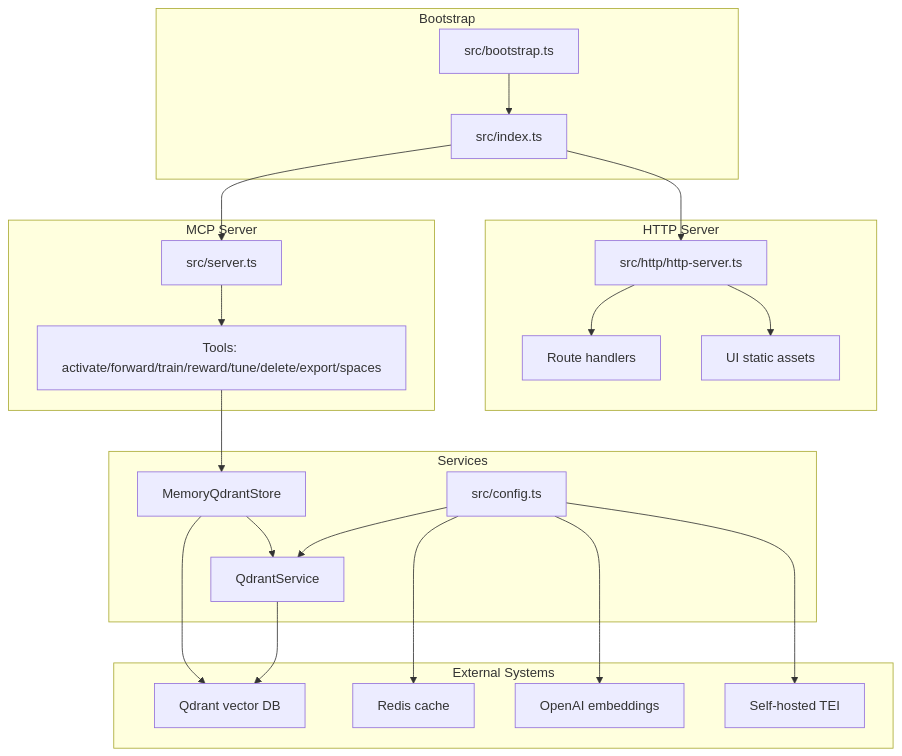
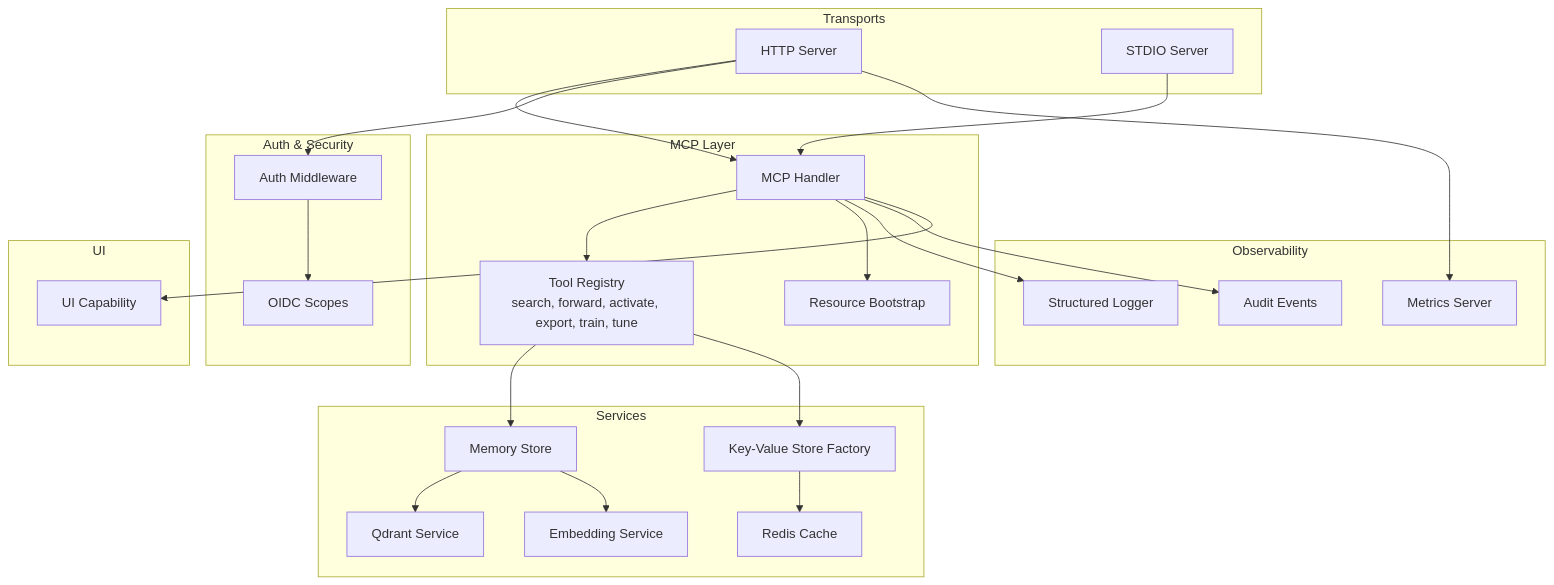
Before and after one commit to debian777/kairos-mcp: the first of 9 diagrams in .qoder/repowiki/en/content/Project Overview/Project Overview.md, drawn with Mermaid. The commit also changed other lines of this file and 724 other files, not shown here.

````diff
--- a/.qoder/repowiki/en/content/Project Overview/Project Overview.md
+++ b/.qoder/repowiki/en/content/Project Overview/Project Overview.md
@@ -60,41 +66,46 @@
 ```mermaid
 graph TB
-subgraph "Bootstrap"
-BOOT["src/bootstrap.ts"]
-ENTRY["src/index.ts"]
+subgraph "Transports"
+HTTP["HTTP Server"]
+STDIO["STDIO Server"]
 end
-subgraph "HTTP Server"
-HTTP["src/http/http-server.ts"]
-ROUTES["Route handlers"]
-UI["UI static assets"]
-end
-subgraph "MCP Server"
-SERVER["src/server.ts"]
-TOOLS["Tools: activate/forward/train/reward/tune/delete/export/spaces"]
+subgraph "MCP Layer"
+Handler["MCP Handler"]
+Tools["Tool Registry<br/>search, forward, activate, export, train, tune"]
+Resources["Resource Bootstrap"]
 end
 subgraph "Services"
-MEMSTORE["MemoryQdrantStore"]
-QDRANT["QdrantService"]
-CONFIG["src/config.ts"]
+Memory["Memory Store"]
+Embedding["Embedding Service"]
+Qdrant["Qdrant Service"]
+KV["Key-Value Store Factory"]
+Redis["Redis Cache"]
 end
-subgraph "External Systems"
-QDRANT_DB["Qdrant vector DB"]
-REDIS_DB["Redis cache"]
-OPENAI["OpenAI embeddings"]
-TEI["Self-hosted TEI"]
+subgraph "Auth & Security"
+AuthMW["Auth Middleware"]
+OIDC["OIDC Scopes"]
 end
-BOOT --> ENTRY
-ENTRY --> HTTP
-ENTRY --> SERVER
-HTTP --> ROUTES
-HTTP --> UI
-SERVER --> TOOLS
-TOOLS --> MEMSTORE
-MEMSTORE --> QDRANT
-MEMSTORE --> QDRANT_DB
-QDRANT --> QDRANT_DB
-CONFIG --> QDRANT
-CONFIG --> REDIS_DB
-CONFIG --> OPENAI
-CONFIG --> TEI
+subgraph "Observability"
+Metrics["Metrics Server"]
+Logger["Structured Logger"]
+Audit["Audit Events"]
+end
+subgraph "UI"
+UICap["UI Capability"]
+end
+HTTP --> Handler
+STDIO --> Handler
+Handler --> Tools
+Handler --> Resources
+Tools --> Memory
+Memory --> Qdrant
+Memory --> Embedding
+Tools --> KV
+KV --> Redis
+HTTP --> AuthMW
+AuthMW --> OIDC
+HTTP --> Metrics
+Handler --> Logger
+Handler --> Audit
+Handler --> UICap
 ```
````
